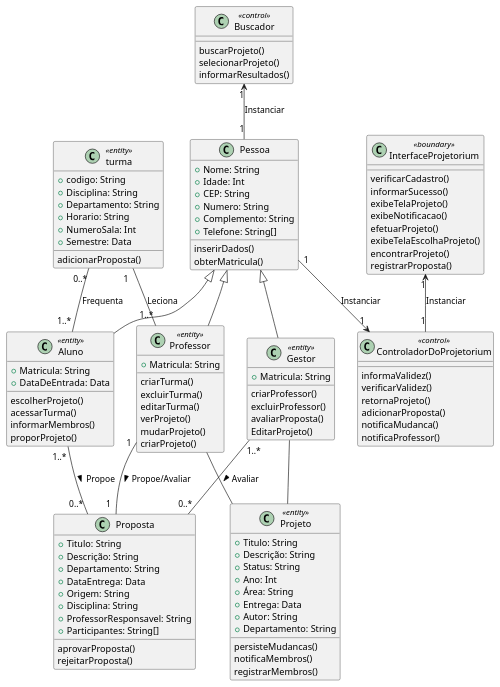
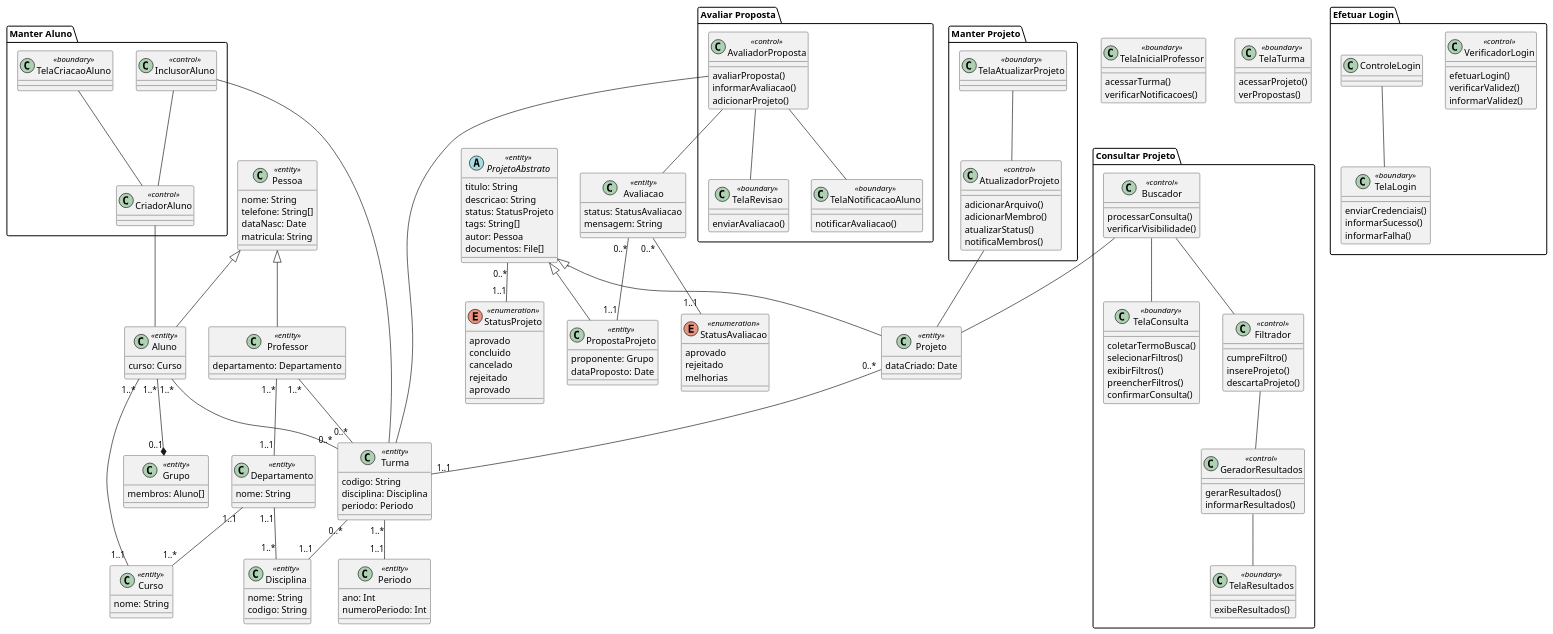
The diagram in diagramas/classe_projeto.puml (Pedro-V/projetorium), drawn with PlantUML before and after one commit. The commit also changed 14 other files, not shown here.

Commit message:
atualizados diagramas

```diff
--- a/diagramas/classe_projeto.puml
+++ b/diagramas/classe_projeto.puml
@@ -1,121 +1,214 @@
 @startuml
-class Pessoa{
-    +Nome: String
-    +Idade: Int
-    +CEP: String
-    +Numero: String
-    +Complemento: String
-    +Telefone: String[]
-    inserirDados()
-    obterMatricula()
+class Pessoa <<entity>> {
+  nome: String
+  telefone: String[]
+  dataNasc: Date
+  matricula: String
 }
 
-class Professor <<entity>>{
-    +Matricula: String 
-    criarTurma()
-    excluirTurma()
-    editarTurma()
-    verProjeto()
-    mudarProjeto()
-    criarProjeto()
+class Departamento <<entity>> {
+  nome: String
 }
 
-class Aluno <<entity>>{
-    +Matricula: String
-    +DataDeEntrada: Data
-    escolherProjeto()
-    acessarTurma()
-    informarMembros()
-    proporProjeto()
+class Disciplina <<entity>> {
+  nome: String
+  codigo: String
 }
 
-class Gestor <<entity>>{
-    +Matricula: String
-    criarProfessor()
-    excluirProfessor()
-    avaliarProposta()
-    EditarProjeto()
+class Curso <<entity>> {
+  nome: String
 }
 
-class Projeto <<entity>>{
-    +Titulo: String
-    +Descrição: String
-    +Status: String
-    +Ano: Int
-    +Área: String
-    +Entrega: Data
-    +Autor: String
-    +Departamento: String
-    persisteMudancas()
-    notificaMembros()
-    registrarMembros()
+class Professor <<entity>> {
+  departamento: Departamento
 }
 
-class turma <<entity>>{
-    +codigo: String
-    +Disciplina: String
-    +Departamento: String
-    +Horario: String
-    +NumeroSala: Int
-    +Semestre: Data
-    adicionarProposta()
+class Aluno <<entity>> {
+  curso: Curso
 }
 
-class Proposta{
-    +Titulo: String
-    +Descrição: String
-    +Departamento: String
-    +DataEntrega: Data
-    +Origem: String
-    +Disciplina: String
-    +ProfessorResponsavel: String
-    +Participantes: String[]
-    aprovarProposta()
-    rejeitarProposta()
-
+class Grupo <<entity>> {
+  membros: Aluno[]
 }
 
-class Buscador <<control>> {
-buscarProjeto()
-selecionarProjeto()
-informarResultados()
+enum StatusProjeto <<enumeration>> {
+  aprovado
+  concluido
+  cancelado
+  rejeitado
+  aprovado
 }
 
-class InterfaceProjetorium <<boundary>>{
-    verificarCadastro()
-    informarSucesso()
-    exibeTelaProjeto()
-    exibeNotificacao()
-    efetuarProjeto()
-    exibeTelaEscolhaProjeto()
-    encontrarProjeto()
-    registrarProposta()
-}
-class ControladorDoProjetorium <<control>>{
-    informaValidez()
-    verificarValidez()
-    retornaProjeto()
-    adicionarProposta()
-    notificaMudanca()
-    notificaProfessor()
-    
+abstract class ProjetoAbstrato <<entity>> {
+  titulo: String
+  descricao: String
+  status: StatusProjeto
+  tags: String[]
+  autor: Pessoa
+  documentos: File[]
 }
 
+class Projeto <<entity>> {
+  dataCriado: Date
+}
+
+class Turma <<entity>> {
+  codigo: String
+  disciplina: Disciplina
+  periodo: Periodo
+}
+
+class Periodo <<entity>> {
+  ano: Int
+  numeroPeriodo: Int
+}
+
+class PropostaProjeto <<entity>> {
+  proponente: Grupo
+  dataProposto: Date
+}
+
+class Avaliacao <<entity>> {
+  status: StatusAvaliacao
+  mensagem: String
+}
+
+enum StatusAvaliacao <<enumeration>> {
+  aprovado
+  rejeitado
+  melhorias
+}
+
+Avaliacao "0..*" -- "1..1" StatusAvaliacao
+Avaliacao "0..*" -- "1..1" PropostaProjeto
 
 Pessoa <|-- Professor
 Pessoa <|-- Aluno
-Pessoa <|-- Gestor
-Buscador "1" <-- "1" Pessoa: Instanciar
-Pessoa "1" --> "1" ControladorDoProjetorium: Instanciar
-InterfaceProjetorium "1" <-- "1" ControladorDoProjetorium: Instanciar
 
-Aluno "1..* " -- "0..* " Proposta: Propoe >
-Gestor "1..*      "  -- "      0..*" Proposta : Avaliar >
-Professor "1" --  "1  " Proposta: Propoe/Avaliar >
+Aluno "1..*" --* "0..1" Grupo 
+Aluno "1..*" -- "0..*" Turma
+Aluno "1..*" -- "1..1" Curso
 
-Gestor  --  Projeto
-Professor  --  Projeto
+Professor "1..*" -- "1..1" Departamento
+Professor "1..*" -- "0..*" Turma
 
-turma "0..*" -- "1..* " Aluno : Frequenta
-turma "1   "-- "1..*" Professor: Leciona
+Departamento "1..1" -- "1..*" Disciplina
+Departamento "1..1" -- "1..*" Curso
+
+Turma "1..*" -- "1..1" Periodo
+Turma "0..*" -- "1..1" Disciplina
+
+ProjetoAbstrato <|-- Projeto
+ProjetoAbstrato <|-- PropostaProjeto
+
+ProjetoAbstrato "0..*" -- "1..1" StatusProjeto
+Projeto "0..*" -- "1..1" Turma
+
+class TelaInicialProfessor <<boundary>> {
+  acessarTurma()
+  verificarNotificacoes()
+}
+
+class TelaTurma <<boundary>> {
+  acessarProjeto()
+  verPropostas()
+}
+
+package "Manter Aluno" {
+  class TelaCriacaoAluno <<boundary>> {}
+  class CriadorAluno <<control>> {}
+  class InclusorAluno <<control>> {}
+
+  TelaCriacaoAluno -- CriadorAluno
+  InclusorAluno -- Turma
+  CriadorAluno -- Aluno
+  InclusorAluno -- CriadorAluno
+}
+
+package "Manter Projeto" {
+  class TelaAtualizarProjeto <<boundary>> {
+  }
+
+  class AtualizadorProjeto <<control>> {
+    adicionarArquivo()
+    adicionarMembro()
+    atualizarStatus()
+    notificaMembros()
+  }
+
+  AtualizadorProjeto -- Projeto
+  TelaAtualizarProjeto -- AtualizadorProjeto
+}
+
+package "Consultar Projeto" {
+  class TelaConsulta <<boundary>> {
+    coletarTermoBusca()
+    selecionarFiltros()
+    exibirFiltros()
+    preencherFiltros()
+    confirmarConsulta()
+  }
+  class TelaResultados <<boundary>> {
+    exibeResultados()
+  }
+  class Buscador <<control>> {
+    processarConsulta()
+    verificarVisibilidade()
+  }
+
+  class Filtrador <<control>> {
+    cumpreFiltro()
+    insereProjeto()
+    descartaProjeto()
+  }
+
+  class GeradorResultados <<control>> {
+    gerarResultados()
+    informarResultados()
+  }
+
+  Buscador -- Filtrador
+  Filtrador -- GeradorResultados
+  Buscador -- TelaConsulta
+  Buscador -- Projeto
+  GeradorResultados -- TelaResultados
+}
+
+package "Avaliar Proposta" {
+  class TelaRevisao <<boundary>> {
+    enviarAvaliacao()
+  }
+
+  class AvaliadorProposta <<control>> {
+    avaliarProposta()
+    informarAvaliacao()
+    adicionarProjeto()
+  }
+
+  class TelaNotificacaoAluno <<boundary>> {
+    notificarAvaliacao()
+  }
+
+  AvaliadorProposta -- TelaRevisao
+  AvaliadorProposta -- Turma
+  AvaliadorProposta -- Avaliacao
+  AvaliadorProposta -- TelaNotificacaoAluno
+}
+
+package "Efetuar Login" {
+  class TelaLogin <<boundary>> {
+    enviarCredenciais()
+    informarSucesso()
+    informarFalha()
+  }
+
+  class VerificadorLogin <<control>> {
+    efetuarLogin()
+    verificarValidez()
+    informarValidez()
+  }
+
+  ControleLogin -- TelaLogin
+}
+
 @enduml
```
